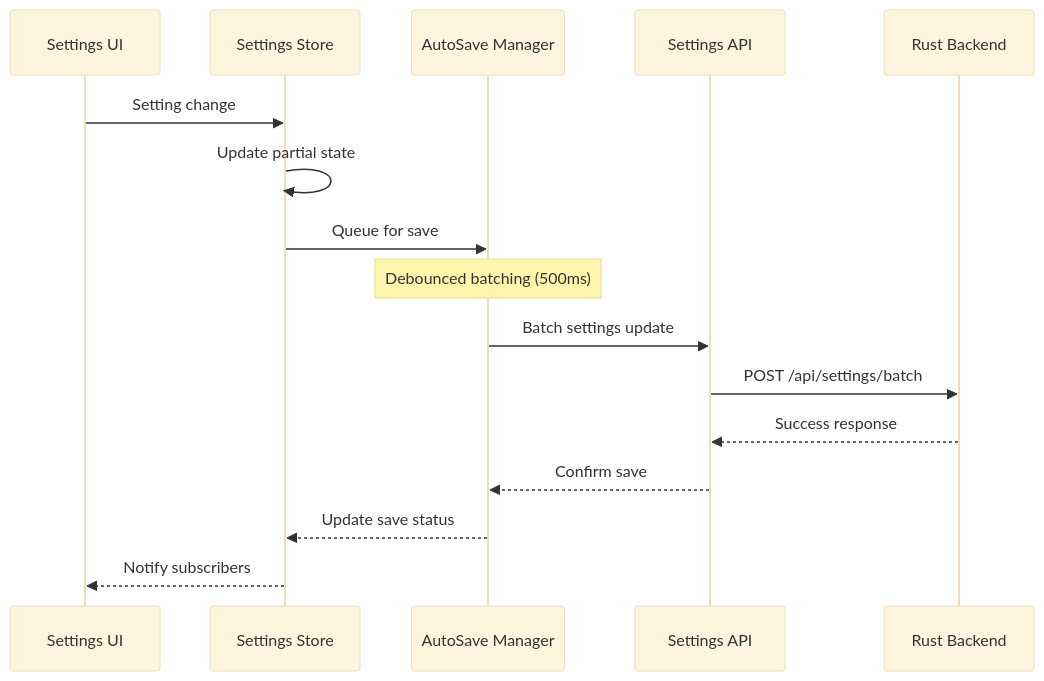
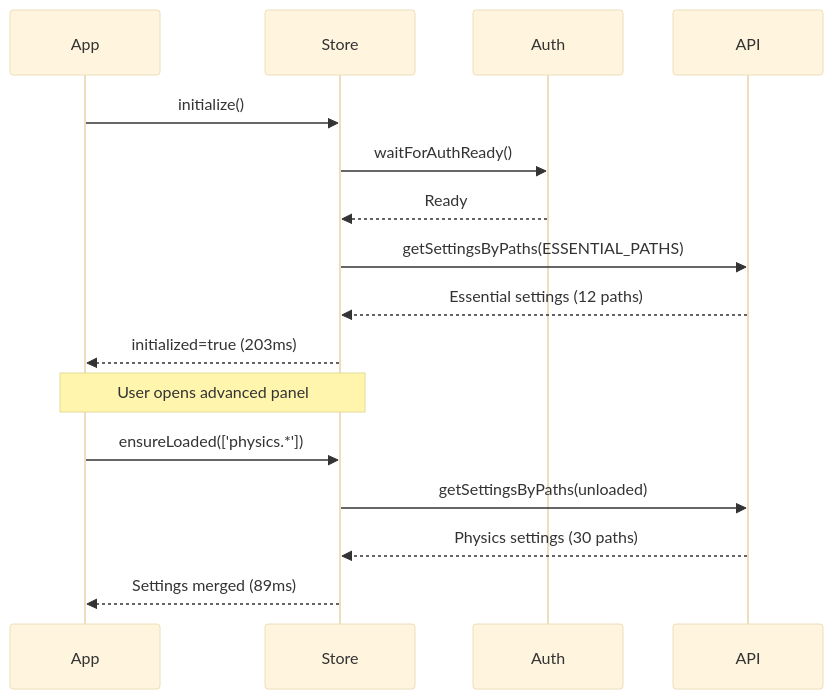
One commit to DreamLab-AI/VisionFlow changed the second of 4 diagrams in docs/concepts/architecture/core/client.md. Above: the diagram before and after it, drawn with Mermaid (base theme). The commit also changed other lines of this file and 369 other files, not shown here.

````diff
--- a/docs/concepts/architecture/core/client.md
+++ b/docs/concepts/architecture/core/client.md
@@ -663,21 +176,20 @@
 ```mermaid
 sequenceDiagram
-    participant UI as Settings UI
-    participant Store as Settings Store
-    participant AutoSave as AutoSave Manager
-    participant API as Settings API
-    participant Backend as Rust Backend
+    participant App
+    participant Store
+    participant Auth
+    participant API
 
-    UI->>Store: Setting change
-    Store->>Store: Update partial state
-    Store->>AutoSave: Queue for save
+    App->>Store: initialize()
+    Store->>Auth: waitForAuthReady()
+    Auth-->>Store: Ready
+    Store->>API: getSettingsByPaths(ESSENTIAL_PATHS)
+    API-->>Store: Essential settings (12 paths)
+    Store-->>App: initialized=true (203ms)
 
-    Note over AutoSave: Debounced batching (500ms)
-
-    AutoSave->>API: Batch settings update
-    API->>Backend: POST /api/settings/batch
-    Backend-->>API: Success response
-    API-->>AutoSave: Confirm save
-    AutoSave-->>Store: Update save status
-    Store-->>UI: Notify subscribers
+    Note over App,Store: User opens advanced panel
+    App->>Store: ensureLoaded(['physics.*'])
+    Store->>API: getSettingsByPaths(unloaded)
+    API-->>Store: Physics settings (30 paths)
+    Store-->>App: Settings merged (89ms)
 ```
````
